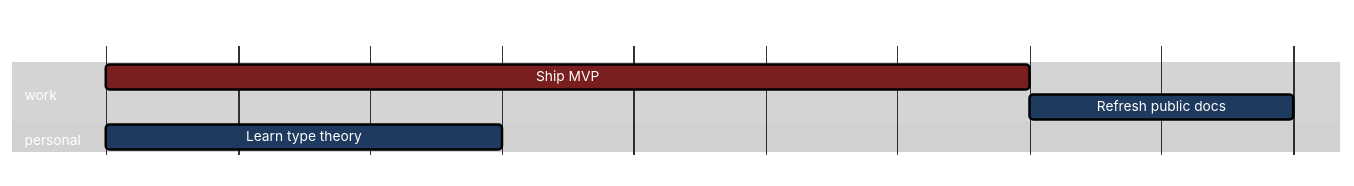
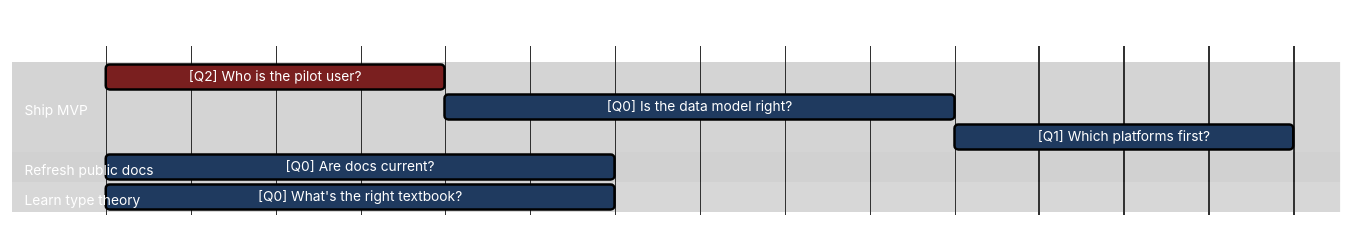
The diagram in crates/smart-manager-core/samples/gantt.md (dhfwc18/smart-manager), drawn with Mermaid before and after one commit. The commit also changed other lines of this file and 6 other files, not shown here.

First line of the commit message:
feat(writer): updated the gantt writer

````diff
--- a/crates/smart-manager-core/samples/gantt.md
+++ b/crates/smart-manager-core/samples/gantt.md
@@ -1,36 +1,39 @@
 ```mermaid
 ---
 config:
   theme: base
   themeVariables:
     taskBkgColor: '#1f3a5f'
     taskBorderColor: '#000000'
     taskTextColor: '#ffffff'
     taskTextLightColor: '#ffffff'
     taskTextDarkColor: '#ffffff'
     taskTextOutsideColor: '#ffffff'
     critBkgColor: '#7a1f1f'
     critBorderColor: '#000000'
     activeTaskBkgColor: '#1f5a4a'
     activeTaskBorderColor: '#000000'
-    doneTaskBkgColor: '#1f3a5f'
-    doneTaskBorderColor: '#000000'
+    doneTaskBkgColor: '#444444'
+    doneTaskBorderColor: '#666666'
     sectionBkgColor: '#2a2a2a'
     altSectionBkgColor: '#1a1a1a'
     sectionBkgColor2: '#3a3a3a'
     gridColor: '#888888'
     titleColor: '#ffffff'
     textColor: '#ffffff'
     primaryTextColor: '#ffffff'
     todayLineColor: '#ff6b6b'
 ---
 gantt
     title Schedule
     dateFormat YYYY-MM-DD
     axisFormat %m-%d
-    section work
-    Ship MVP :crit, t0, 2025-01-01, 7d
-    Refresh public docs :t1, after t0, 2d
-    section personal
-    Learn type theory :t2, 2025-01-01, 3d
+    section Ship MVP
+    [Q2] Who is the pilot user? :crit, t0, 2025-01-01, 2d
+    [Q0] Is the data model right? :t1, after t0, 3d
+    [Q1] Which platforms first? :t2, after t1, 2d
+    section Refresh public docs
+    [Q0] Are docs current? :t3, 2025-01-01, 3d
+    section Learn type theory
+    [Q0] What's the right textbook? :t4, 2025-01-01, 3d
 ```
````
